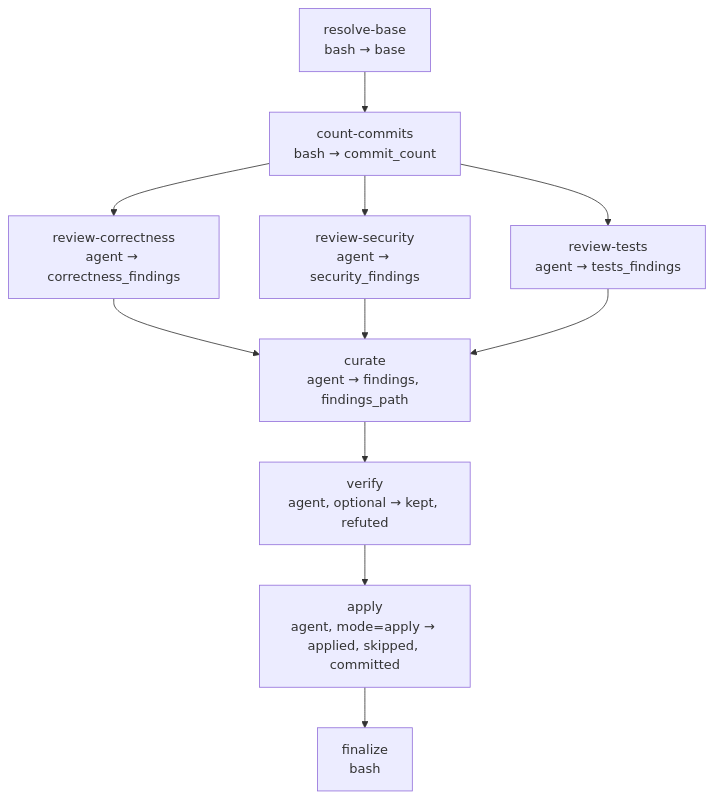
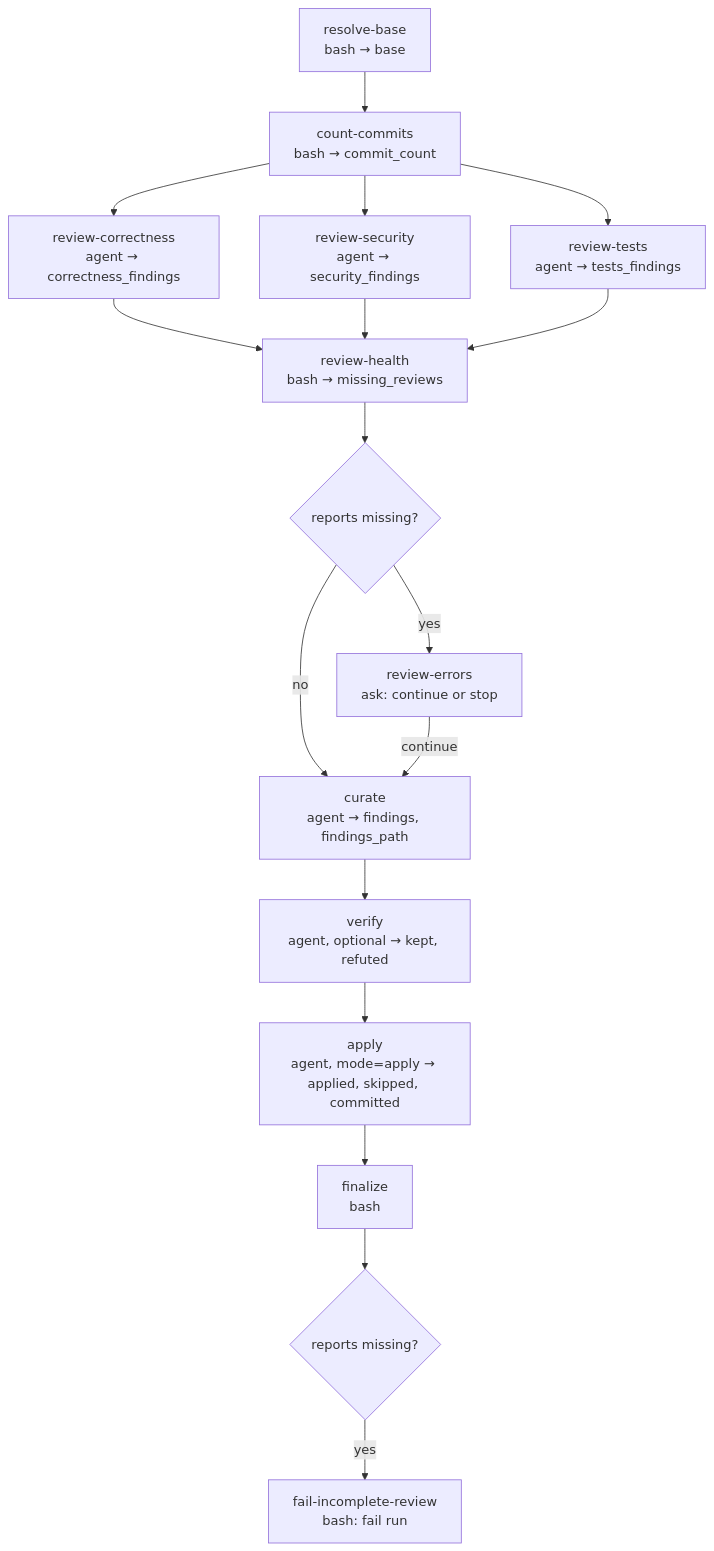
Before and after one commit to e1024kb/wise-claude: the diagram in plugins/wise/workflows/code-review/README.md, drawn with Mermaid. The commit also changed other lines of this file and 54 other files, not shown here.

````diff
--- a/plugins/wise/workflows/code-review/README.md
+++ b/plugins/wise/workflows/code-review/README.md
@@ -57,13 +58,19 @@
 ```mermaid
 flowchart TD
     A[resolve-base<br/>bash → base] --> B[count-commits<br/>bash → commit_count]
     B --> C[review-correctness<br/>agent → correctness_findings]
     B --> D[review-security<br/>agent → security_findings]
     B --> E[review-tests<br/>agent → tests_findings]
-    C --> F[curate<br/>agent → findings, findings_path]
-    D --> F
-    E --> F
+    C --> J[review-health<br/>bash → missing_reviews]
+    D --> J
+    E --> J
+    J --> K{reports missing?}
+    K -->|yes| L[review-errors<br/>ask: continue or stop]
+    K -->|no| F[curate<br/>agent → findings, findings_path]
+    L -->|continue| F
     F --> G[verify<br/>agent, optional → kept, refuted]
     G --> H[apply<br/>agent, mode=apply → applied, skipped, committed]
     H --> I[finalize<br/>bash]
+    I --> M{reports missing?}
+    M -->|yes| N[fail-incomplete-review<br/>bash: fail run]
 ```
````
